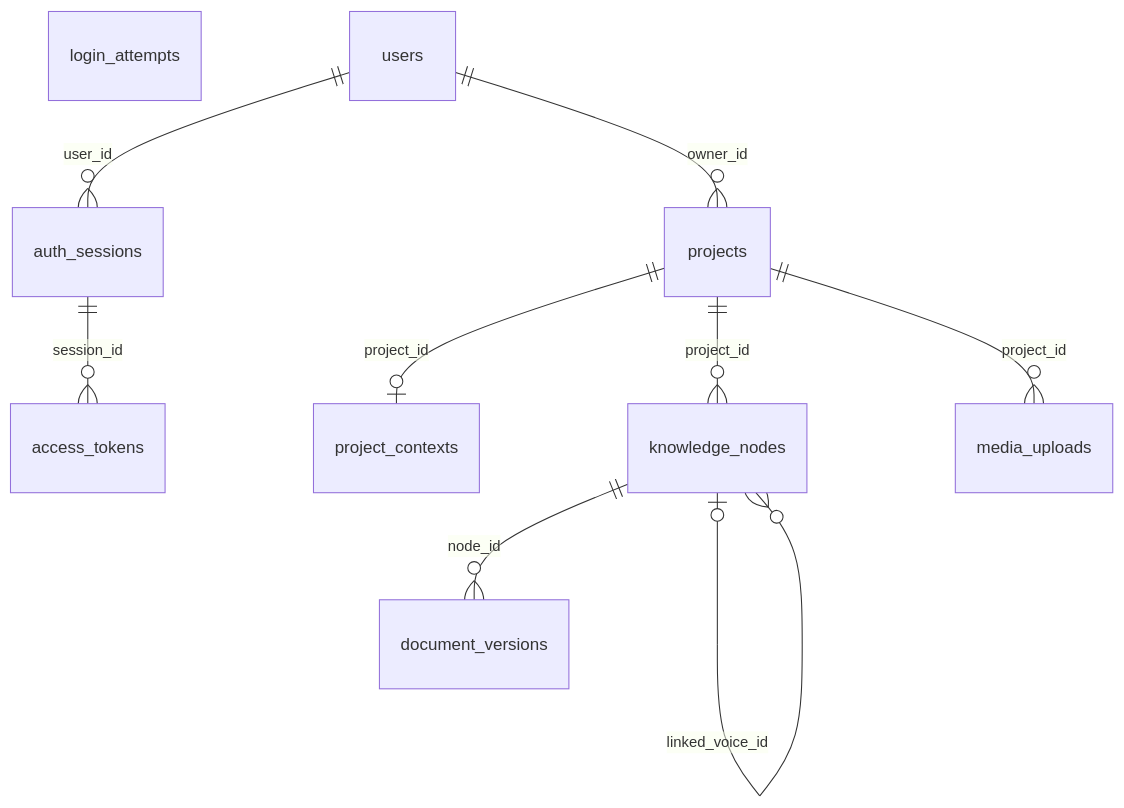
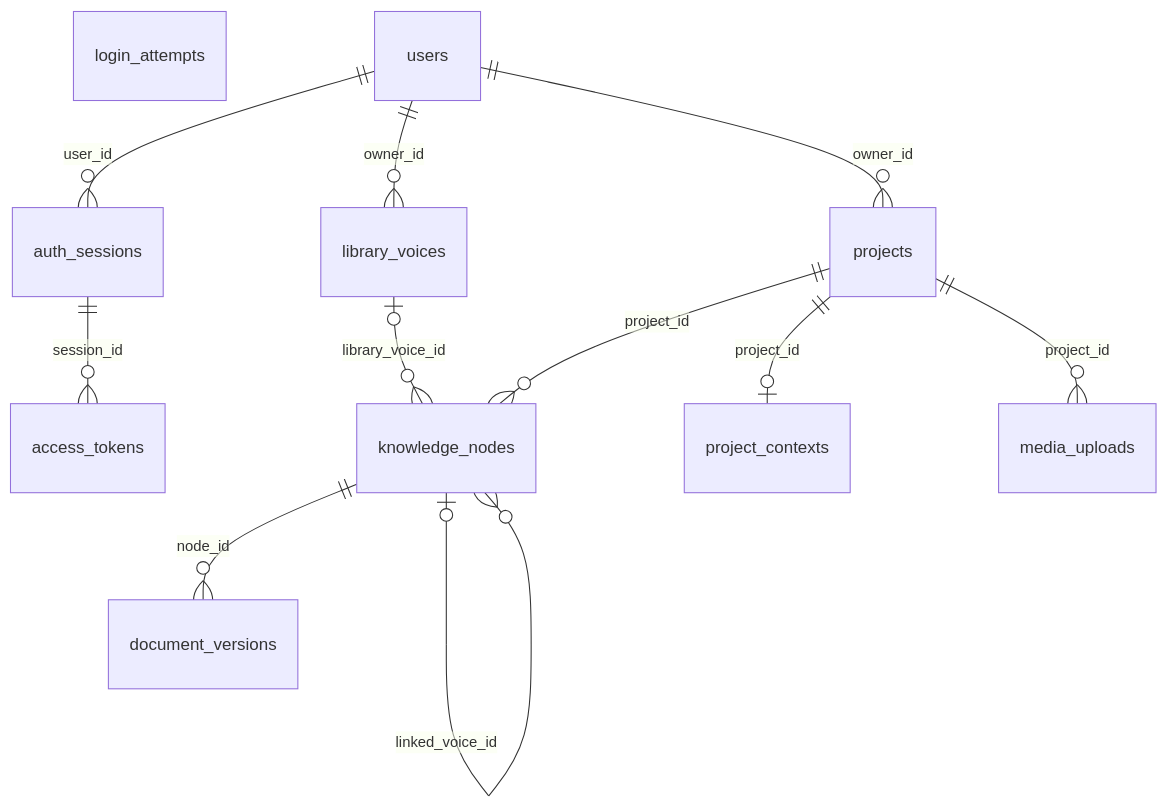
The diagram in docs/database-schema.md (akkne/content-mill), drawn with Mermaid before and after one commit. The commit also changed other lines of this file and 29 other files, not shown here.

Commit message:
feat(knowledge): share personal voices across projects

````diff
--- a/docs/database-schema.md
+++ b/docs/database-schema.md
@@ -9,13 +9,15 @@
 ```mermaid
 erDiagram
     login_attempts
     users ||--o{ auth_sessions : user_id
     auth_sessions ||--o{ access_tokens : session_id
+    users ||--o{ library_voices : owner_id
+    library_voices |o--o{ knowledge_nodes : library_voice_id
     users ||--o{ projects : owner_id
     projects ||--o| project_contexts : project_id
     projects ||--o{ knowledge_nodes : project_id
     knowledge_nodes |o--o{ knowledge_nodes : parent_id
     knowledge_nodes |o--o{ knowledge_nodes : linked_voice_id
     knowledge_nodes ||--o{ document_versions : node_id
     projects ||--o{ media_uploads : project_id
 ```
````
